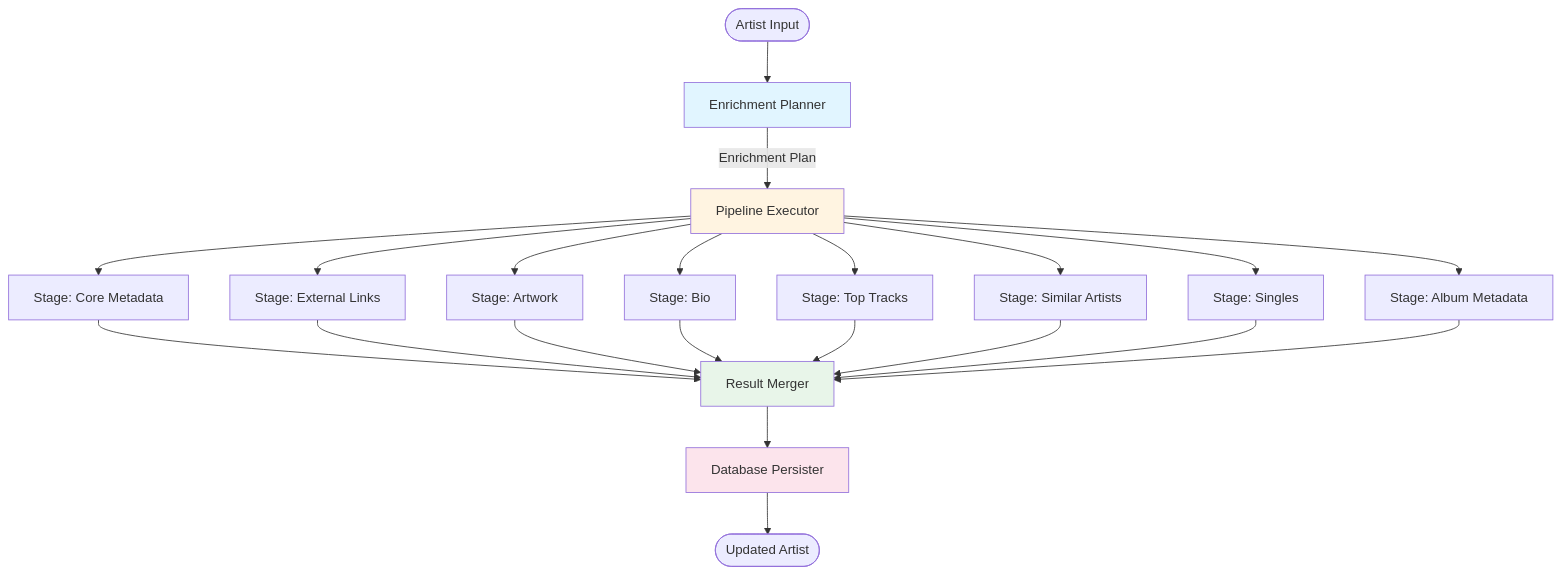
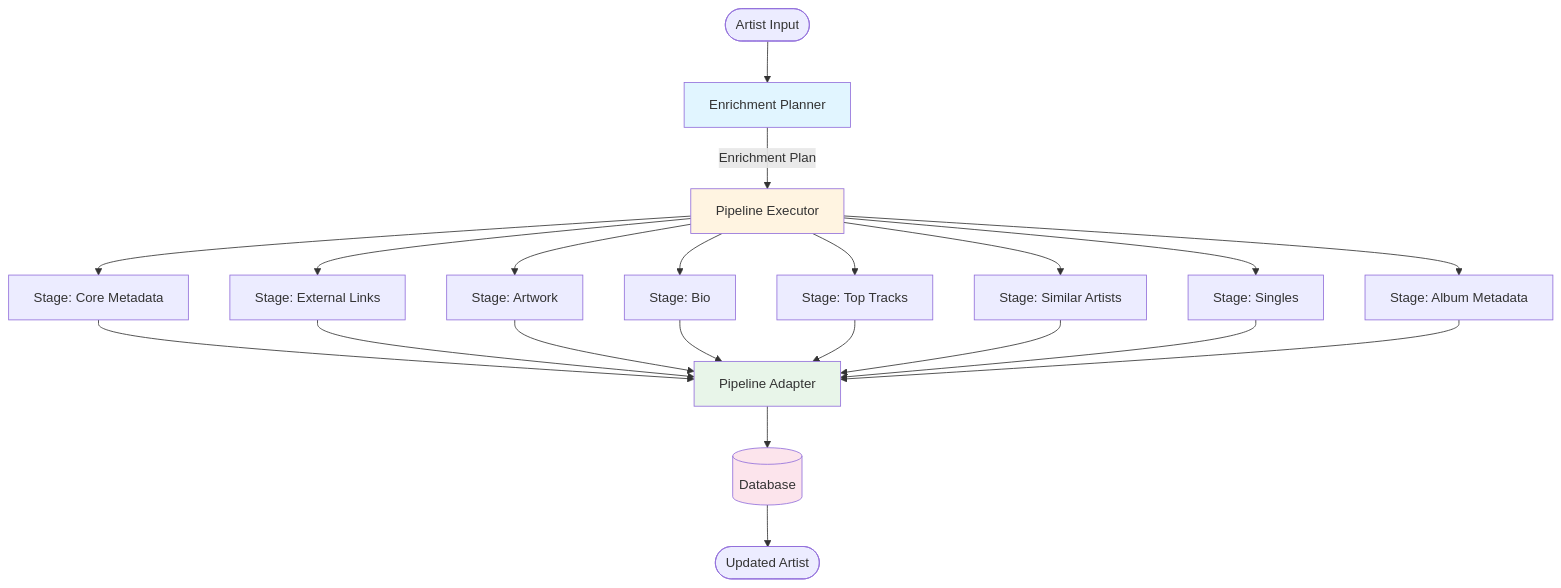
Before and after one commit to darious/jamarr: the diagram in docs/scanner_v3.md, drawn with Mermaid. The commit also changed other lines of this file and 4 other files, not shown here.

````diff
--- a/docs/scanner_v3.md
+++ b/docs/scanner_v3.md
@@ -143,32 +11,32 @@
 ```mermaid
 graph TD
     Start([Artist Input]) --> Planner[Enrichment Planner]
     
     Planner --> |Enrichment Plan| Executor[Pipeline Executor]
     
     Executor --> Stage1[Stage: Core Metadata]
     Executor --> Stage2[Stage: External Links]
     Executor --> Stage3[Stage: Artwork]
     Executor --> Stage4[Stage: Bio]
     Executor --> Stage5[Stage: Top Tracks]
     Executor --> Stage6[Stage: Similar Artists]
     Executor --> Stage7[Stage: Singles]
     Executor --> Stage8[Stage: Album Metadata]
     
-    Stage1 --> Merger[Result Merger]
-    Stage2 --> Merger
-    Stage3 --> Merger
-    Stage4 --> Merger
-    Stage5 --> Merger
-    Stage6 --> Merger
-    Stage7 --> Merger
-    Stage8 --> Merger
+    Stage1 --> Adapter[Pipeline Adapter]
+    Stage2 --> Adapter
+    Stage3 --> Adapter
+    Stage4 --> Adapter
+    Stage5 --> Adapter
+    Stage6 --> Adapter
+    Stage7 --> Adapter
+    Stage8 --> Adapter
     
-    Merger --> Persister[Database Persister]
-    Persister --> End([Updated Artist])
+    Adapter --> DB[(Database)]
+    DB --> End([Updated Artist])
     
     style Planner fill:#e1f5ff
     style Executor fill:#fff4e1
-    style Merger fill:#e8f5e9
-    style Persister fill:#fce4ec
+    style Adapter fill:#e8f5e9
+    style DB fill:#fce4ec
 ```
````
